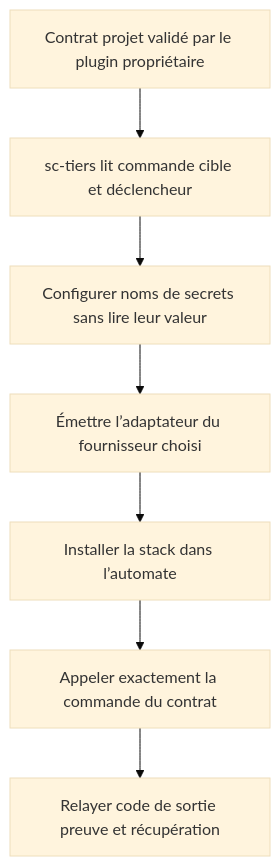
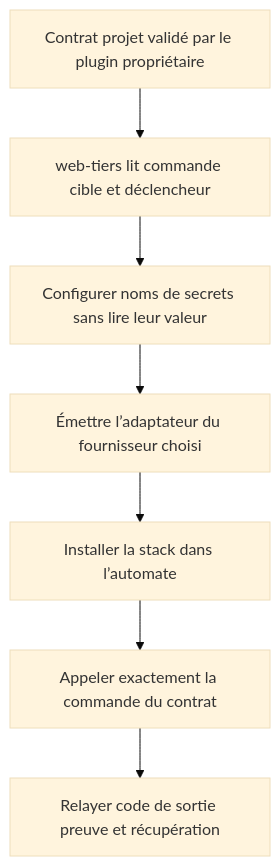
Before and after one commit to RebelliousSmile/aidd-claude-custom: the first of 2 diagrams in aidd_docs/tasks/2026_08/2026_08_28-sc-cd-livraison-multistack/phase-8.md, drawn with Mermaid (base theme). The commit also changed other lines of this file and 199 other files, not shown here.

Commit message:
feat-marketplace-rename-web-tiers-and-consolidate-pdf

````diff
--- a/aidd_docs/tasks/2026_08/2026_08_28-sc-cd-livraison-multistack/phase-8.md
+++ b/aidd_docs/tasks/2026_08/2026_08_28-sc-cd-livraison-multistack/phase-8.md
@@ -27,9 +27,9 @@
 ```mermaid
 flowchart TD
-  A[Contrat projet validé par le plugin propriétaire] --> B[sc-tiers lit commande cible et déclencheur]
+  A[Contrat projet validé par le plugin propriétaire] --> B[web-tiers lit commande cible et déclencheur]
   B --> C[Configurer noms de secrets sans lire leur valeur]
   C --> D[Émettre l’adaptateur du fournisseur choisi]
   D --> E[Installer la stack dans l’automate]
   E --> F[Appeler exactement la commande du contrat]
   F --> G[Relayer code de sortie preuve et récupération]
 ```
````
